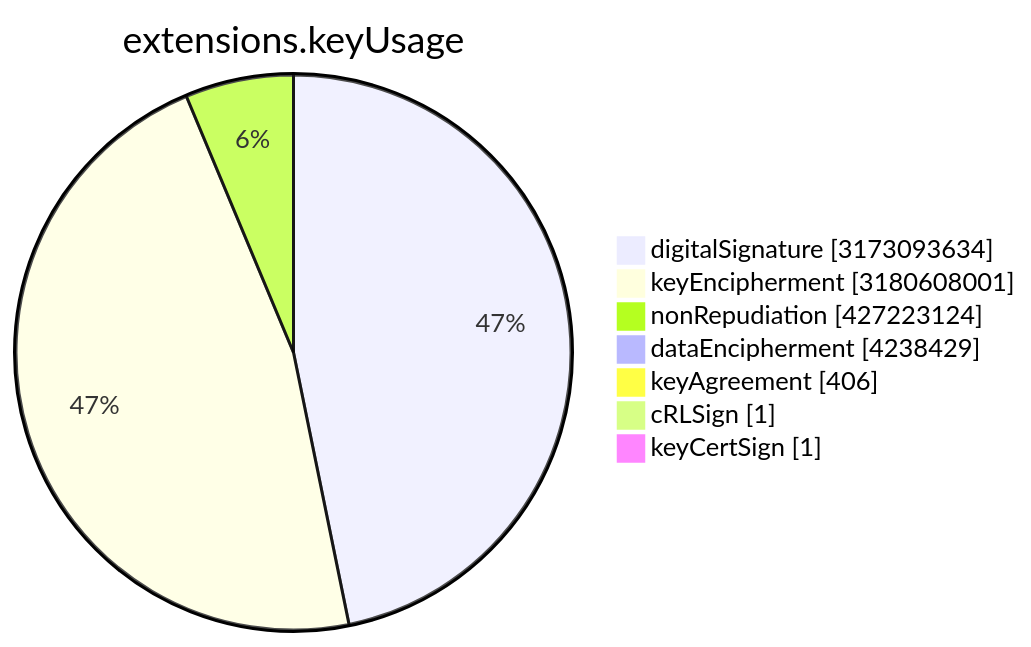
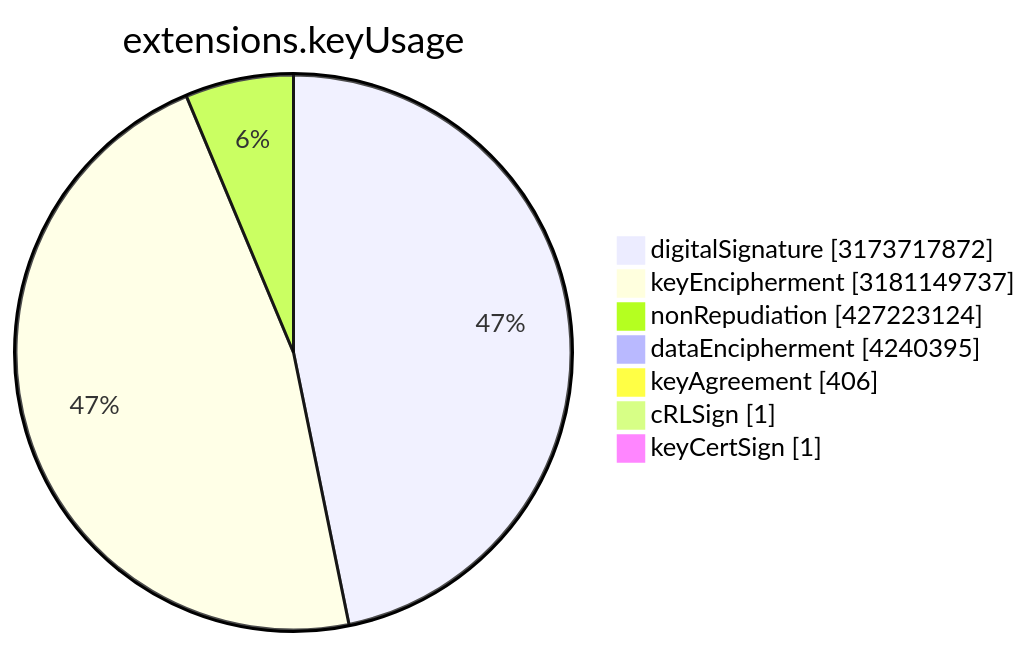
The sixth of 15 diagrams in TOTAL/README.md (christiankrug/ctmonitor_visualization), drawn with Mermaid before and after one commit. The commit also changed other lines of this file, not shown here.

````diff
--- a/TOTAL/README.md
+++ b/TOTAL/README.md
@@ -3077,11 +3077,11 @@
 ```mermaid
 pie showData
 title extensions.keyUsage
-"digitalSignature" :3173093634
-"keyEncipherment" :3180608001
+"digitalSignature" :3173717872
+"keyEncipherment" :3181149737
 "nonRepudiation" :427223124
-"dataEncipherment" :4238429
+"dataEncipherment" :4240395
 "keyAgreement" :406
 "cRLSign" :1
 "keyCertSign" :1
 ```
````
